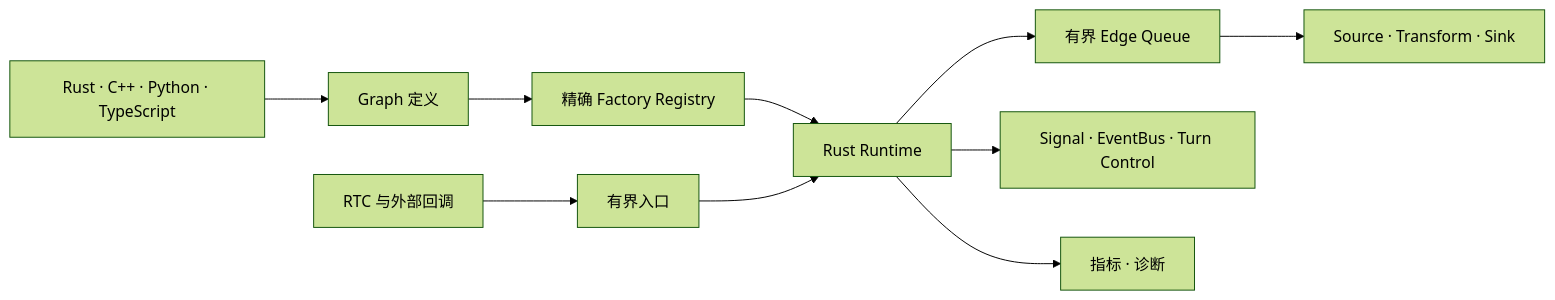
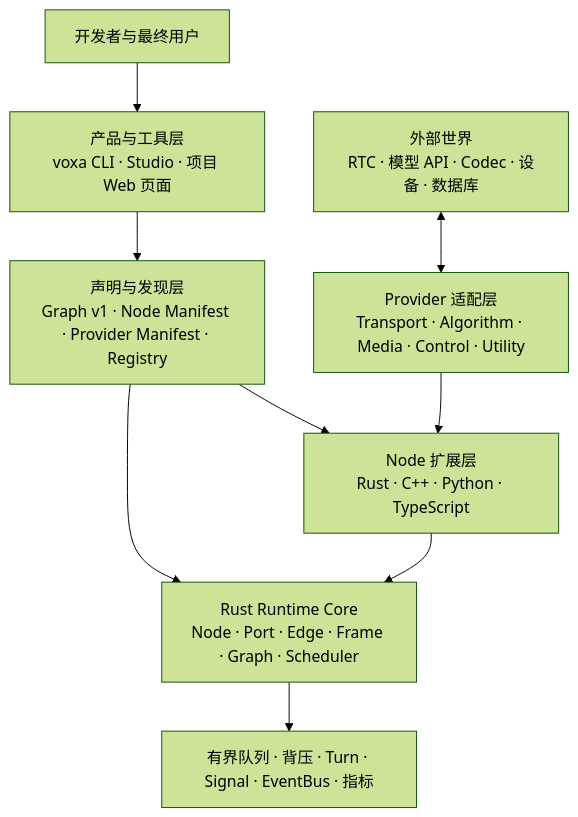
One commit to PiyotaHu/Voxa changed the first of 2 diagrams in docs/site/zh/concepts.md. Above: the diagram before and after it, drawn with Mermaid (forest theme). The commit also changed other lines of this file and 18 other files, not shown here.

Commit message:
docs: explain Voxa architecture from first principles

````diff
--- a/docs/site/zh/concepts.md
+++ b/docs/site/zh/concepts.md
@@ -5,12 +19,19 @@
 ```mermaid
-flowchart LR
-    SDK["Rust · C++ · Python · TypeScript"] --> DEF["Graph 定义"]
-    DEF --> REG["精确 Factory Registry"]
-    REG --> RT["Rust Runtime"]
-    RT --> Q["有界 Edge Queue"]
-    Q --> NODE["Source · Transform · Sink"]
-    RTC["RTC 与外部回调"] --> IN["有界入口"]
-    IN --> RT
-    RT --> CTRL["Signal · EventBus · Turn Control"]
-    RT --> OBS["指标 · 诊断"]
+flowchart TB
+    DEV["开发者与最终用户"]
+    SURFACE["产品与工具层<br/>voxa CLI · Studio · 项目 Web 页面"]
+    DEF["声明与发现层<br/>Graph v1 · Node Manifest · Provider Manifest · Registry"]
+    LANG["Node 扩展层<br/>Rust · C++ · Python · TypeScript"]
+    PROVIDER["Provider 适配层<br/>Transport · Algorithm · Media · Control · Utility"]
+    CORE["Rust Runtime Core<br/>Node · Port · Edge · Frame · Graph · Scheduler"]
+    EXTERNAL["外部世界<br/>RTC · 模型 API · Codec · 设备 · 数据库"]
+
+    DEV --> SURFACE
+    SURFACE --> DEF
+    DEF --> LANG
+    DEF --> CORE
+    LANG --> CORE
+    PROVIDER --> LANG
+    EXTERNAL <--> PROVIDER
+    CORE --> OBS["有界队列 · 背压 · Turn · Signal · EventBus · 指标"]
 ```
````
